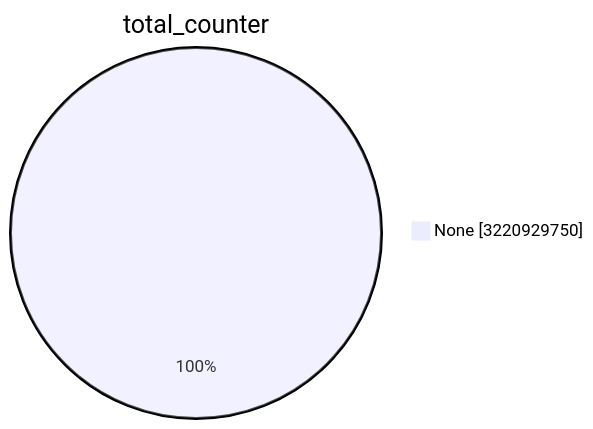
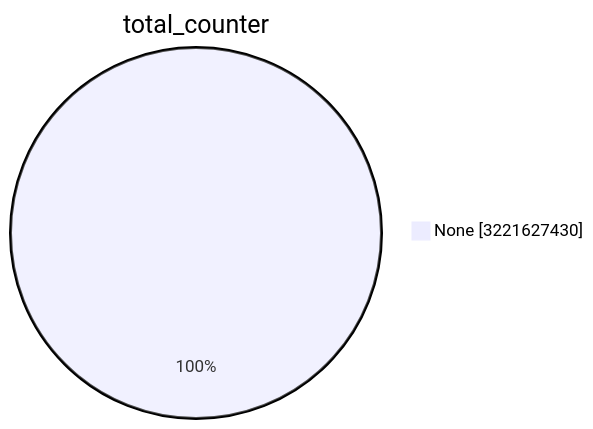
The first of 15 diagrams in TOTAL/README.md (christiankrug/ctmonitor_visualization), drawn with Mermaid before and after one commit. The commit also changed other lines of this file, not shown here.

````diff
--- a/TOTAL/README.md
+++ b/TOTAL/README.md
@@ -1,5 +1,5 @@
 ```mermaid
 pie showData
 title total_counter
-"None" :3220929750
+"None" :3221627430
 ```
````
